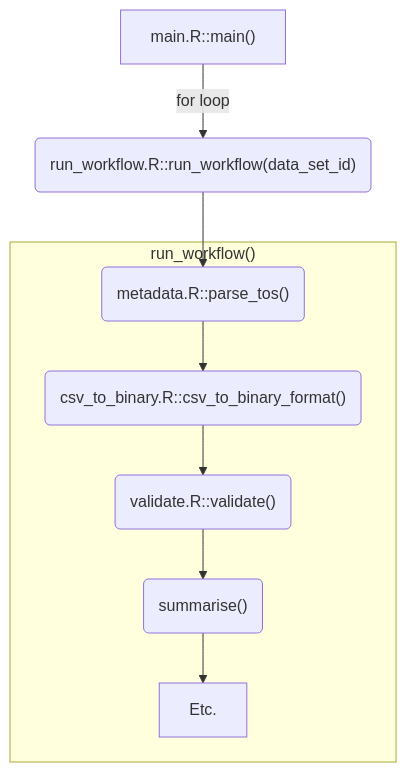
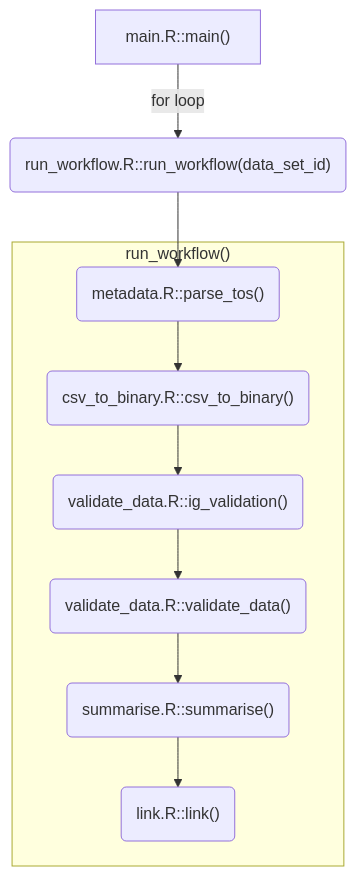
The diagram in R/README.md (CUREd-Plus/cuRed), drawn with Mermaid before and after one commit.

````diff
--- a/R/README.md
+++ b/R/README.md
@@ -9,11 +9,12 @@
 ```mermaid
 flowchart TD
   main["main.R::main()"] -->|"for loop"| run_workflow("run_workflow.R::run_workflow(data_set_id)")
   run_workflow --> parse_tos("metadata.R::parse_tos()")
     subgraph workflow ["run_workflow()"]
-      parse_tos --> csv_to_binary_format("csv_to_binary.R::csv_to_binary_format()")
-      csv_to_binary_format --> validate("validate.R::validate()")
-      validate --> summarise("summarise()")
-      summarise --> etc["Etc."]
+      parse_tos --> csv_to_binary("csv_to_binary.R::csv_to_binary()")
+      csv_to_binary --> ig_validation("validate_data.R::ig_validation()")
+      ig_validation --> validate_data("validate_data.R::validate_data()")
+      validate_data --> summarise("summarise.R::summarise()")
+      summarise --> link("link.R::link()")
     end
 ```
````
